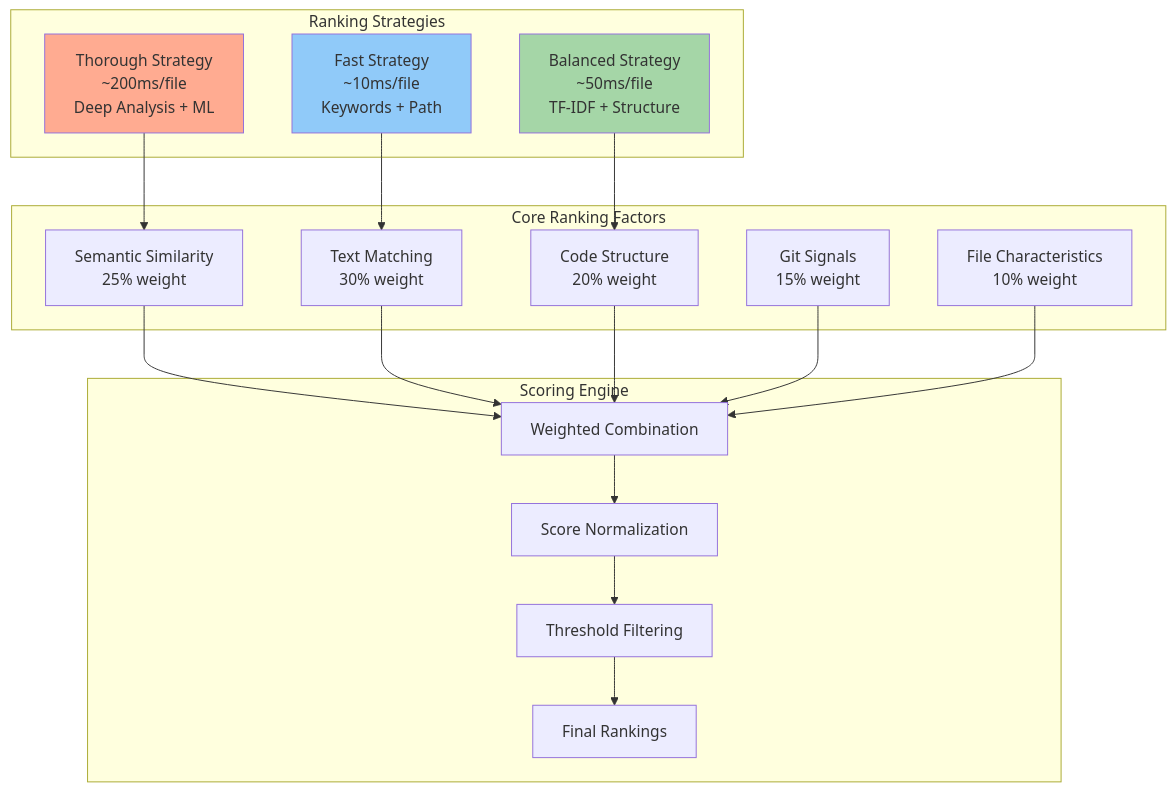
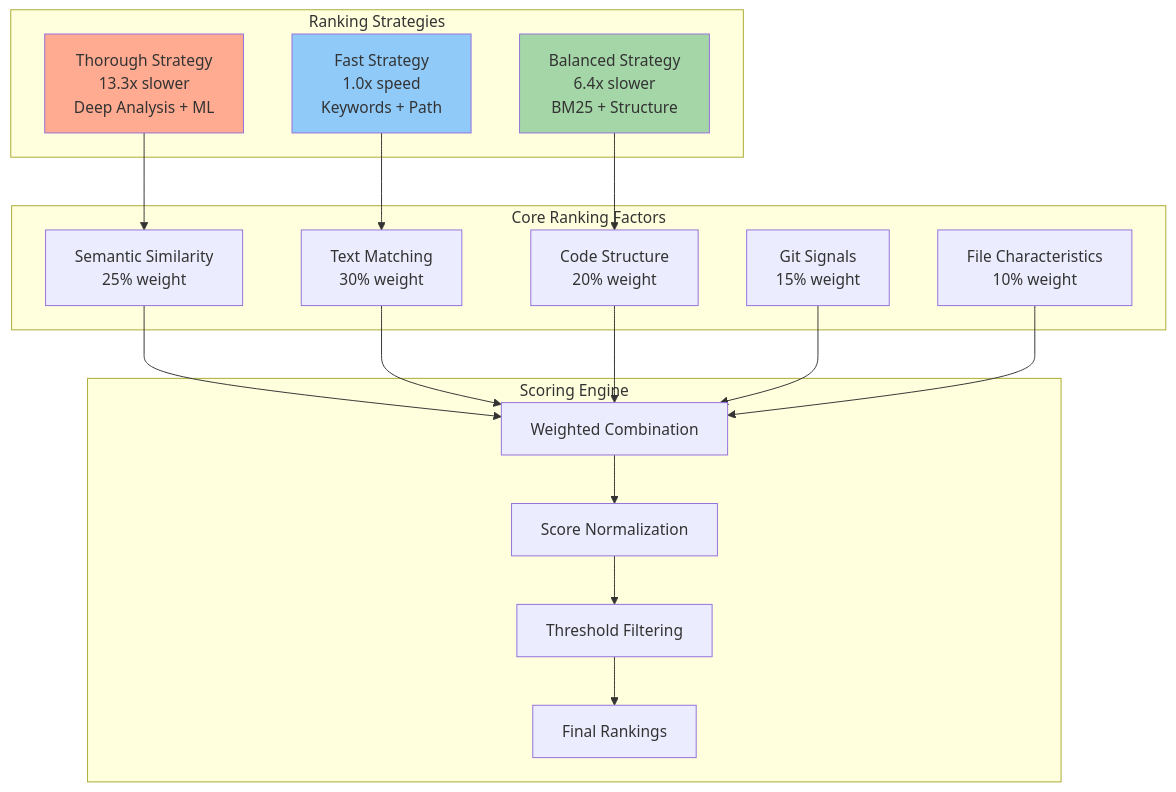
One commit to jddunn/tenets changed the fifth of 11 diagrams in docs/architecture/core_systems.md. Above: the diagram before and after it, drawn with Mermaid. The commit also changed other lines of this file and 7 other files, not shown here.

````diff
--- a/docs/architecture/core_systems.md
+++ b/docs/architecture/core_systems.md
@@ -286,41 +289,41 @@
 ```mermaid
 graph TD
     subgraph "Ranking Strategies"
-        FAST[Fast Strategy<br/>~10ms/file<br/>Keywords + Path]
-        BALANCED[Balanced Strategy<br/>~50ms/file<br/>TF-IDF + Structure]
-        THOROUGH[Thorough Strategy<br/>~200ms/file<br/>Deep Analysis + ML]
+        FAST[Fast Strategy<br/>1.0x speed<br/>Keywords + Path]
+        BALANCED[Balanced Strategy<br/>6.4x slower<br/>BM25 + Structure]
+        THOROUGH[Thorough Strategy<br/>13.3x slower<br/>Deep Analysis + ML]
     end
 
     subgraph "Core Ranking Factors"
         SEM[Semantic Similarity<br/>25% weight]
         TEXT[Text Matching<br/>30% weight]
         STRUCT[Code Structure<br/>20% weight]
         GIT[Git Signals<br/>15% weight]
         FILE[File Characteristics<br/>10% weight]
     end
 
     subgraph "Scoring Engine"
         COMBINE[Weighted Combination]
         NORMALIZE[Score Normalization]
         FILTER[Threshold Filtering]
         RANK[Final Rankings]
     end
 
     FAST --> TEXT
     BALANCED --> STRUCT
     THOROUGH --> SEM
 
     SEM --> COMBINE
     TEXT --> COMBINE
     STRUCT --> COMBINE
     GIT --> COMBINE
     FILE --> COMBINE
 
     COMBINE --> NORMALIZE
     NORMALIZE --> FILTER
     FILTER --> RANK
 
     style FAST fill:#90caf9
     style BALANCED fill:#a5d6a7
     style THOROUGH fill:#ffab91
 ```
````
